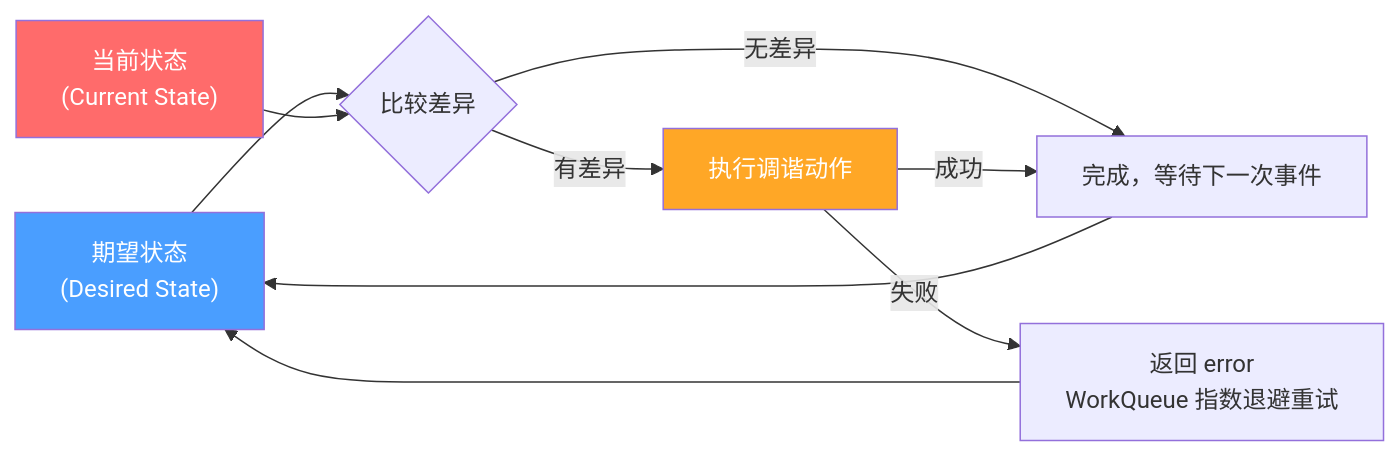
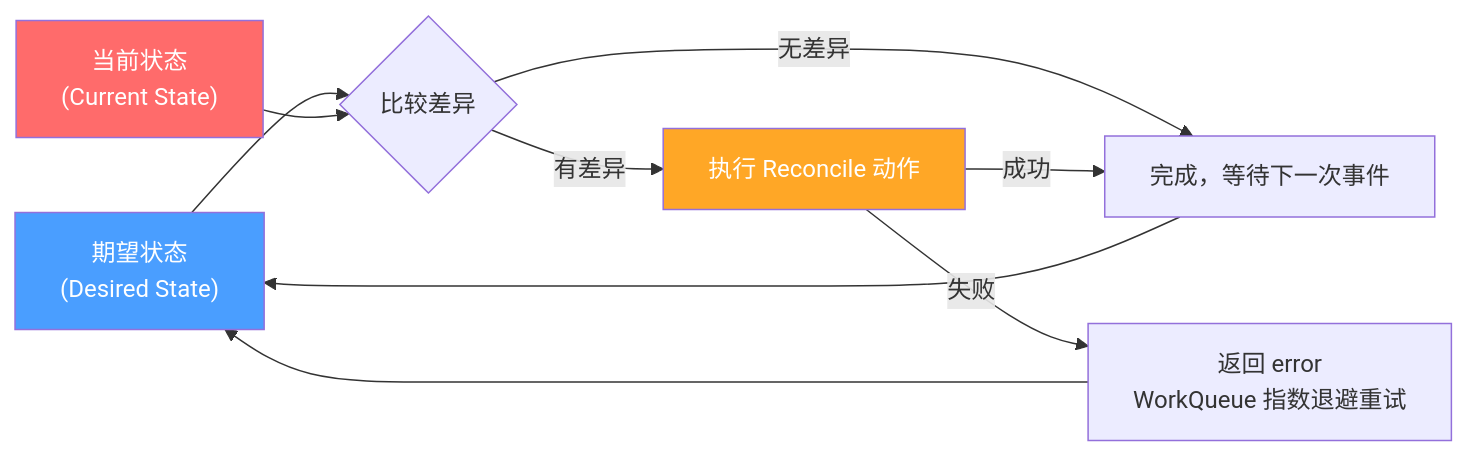
One commit to xuezhaojun/blog changed the first of 2 diagrams in content/collections/k8s-internals/k8s-controller.md. Above: the diagram before and after it, drawn with Mermaid. The commit also changed other lines of this file and 4 other files, not shown here.

First line of the commit message:
Refine K8s architecture article: improve clarity, add depth, fix wording

````diff
--- a/content/collections/k8s-internals/k8s-controller.md
+++ b/content/collections/k8s-internals/k8s-controller.md
@@ -120,15 +120,15 @@
 ```mermaid
 graph LR
     A["期望状态<br/>(Desired State)"] --> B{"比较差异"}
     C["当前状态<br/>(Current State)"] --> B
-    B -->|有差异| D["执行调谐动作"]
+    B -->|有差异| D["执行 Reconcile 动作"]
     B -->|无差异| E["完成，等待下一次事件"]
     D -->|成功| E
     D -->|失败| F["返回 error<br/>WorkQueue 指数退避重试"]
     F --> A
     E --> A
 
     style A fill:#4a9eff,color:white
     style C fill:#ff6b6b,color:white
     style D fill:#ffa726,color:white
 ```
````
